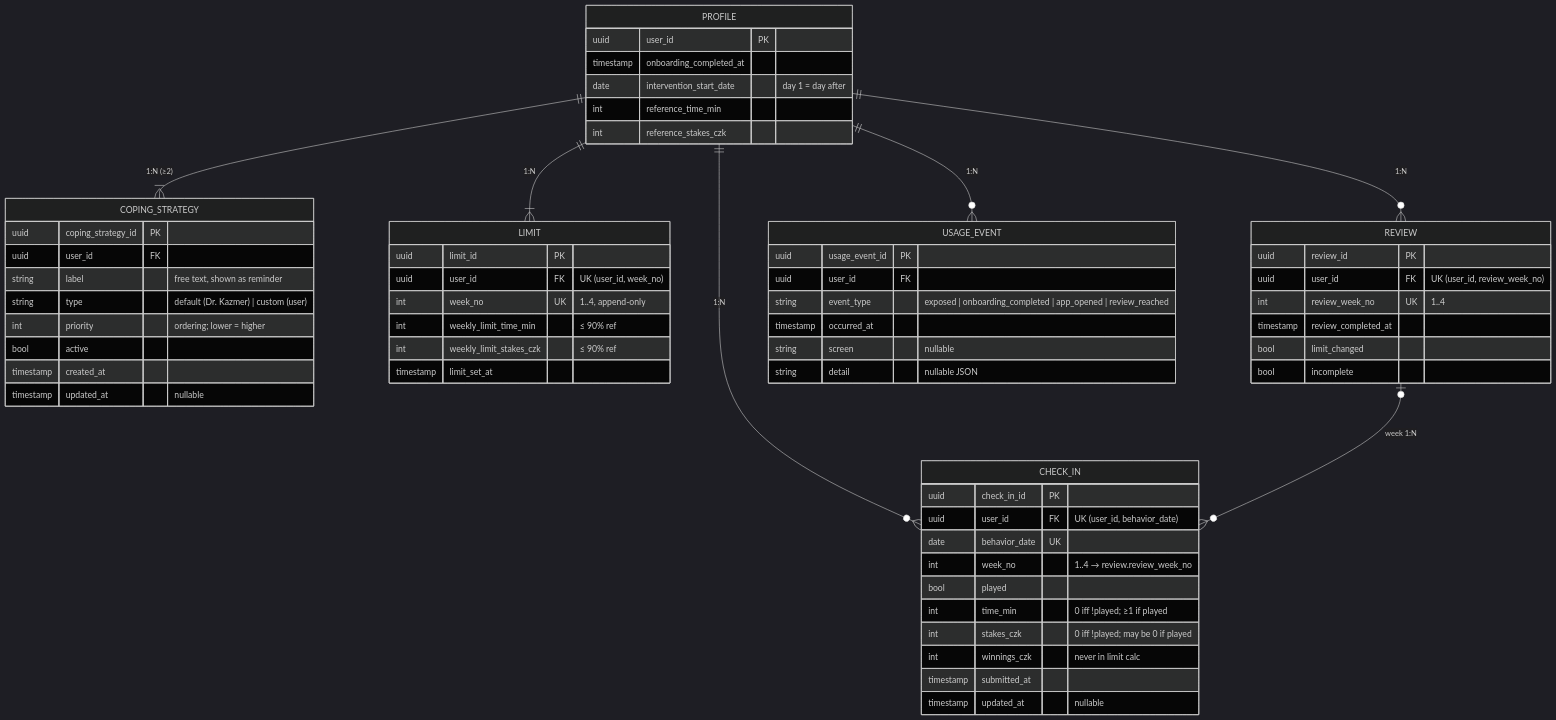
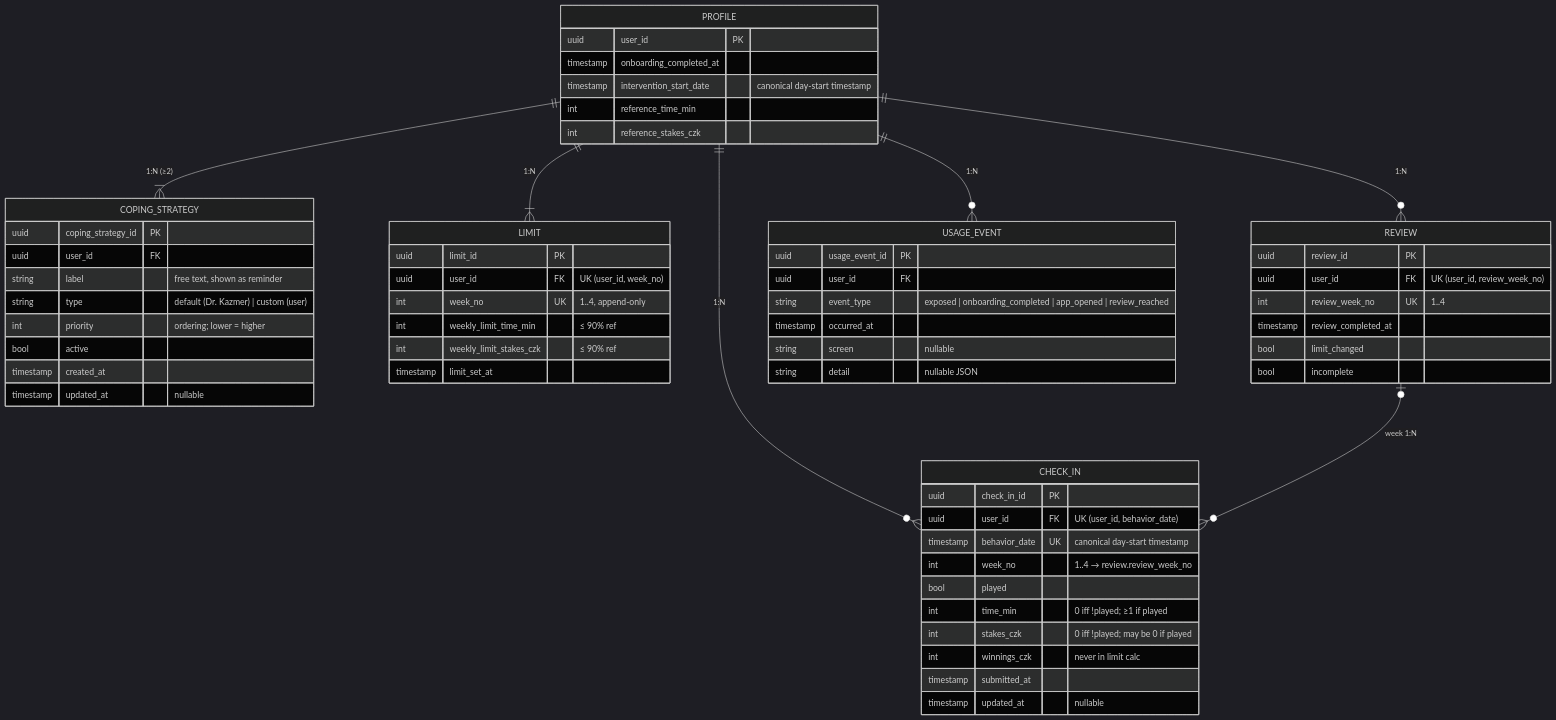
Before and after one commit to janmnovam/NUDZ_gamble: the diagram in src/data/docs/data-model.md, drawn with Mermaid (dark theme). The commit also changed other lines of this file and 31 other files, not shown here.

First line of the commit message:
refactor(data): store day fields as canonical timestamps

````diff
--- a/src/data/docs/data-model.md
+++ b/src/data/docs/data-model.md
@@ -23,63 +23,63 @@
 ```mermaid
 erDiagram
     PROFILE ||--|{ COPING_STRATEGY : "1:N (≥2)"
     PROFILE ||--|{ LIMIT : "1:N"
     PROFILE ||--o{ CHECK_IN : "1:N"
     PROFILE ||--o{ REVIEW : "1:N"
     PROFILE ||--o{ USAGE_EVENT : "1:N"
     REVIEW |o--o{ CHECK_IN : "week 1:N"
 
     PROFILE {
         uuid user_id PK
         timestamp onboarding_completed_at
-        date intervention_start_date "day 1 = day after"
+        timestamp intervention_start_date "canonical day-start timestamp"
         int reference_time_min
         int reference_stakes_czk
     }
     COPING_STRATEGY {
         uuid coping_strategy_id PK
         uuid user_id FK
         string label "free text, shown as reminder"
         string type "default (Dr. Kazmer) | custom (user)"
         int priority "ordering; lower = higher"
         bool active
         timestamp created_at
         timestamp updated_at "nullable"
     }
     LIMIT {
         uuid limit_id PK
         uuid user_id FK "UK (user_id, week_no)"
         int week_no UK "1..4, append-only"
         int weekly_limit_time_min "≤ 90% ref"
         int weekly_limit_stakes_czk "≤ 90% ref"
         timestamp limit_set_at
     }
     CHECK_IN {
         uuid check_in_id PK
         uuid user_id FK "UK (user_id, behavior_date)"
-        date behavior_date UK
+        timestamp behavior_date UK "canonical day-start timestamp"
         int week_no "1..4 → review.review_week_no"
         bool played
         int time_min "0 iff !played; ≥1 if played"
         int stakes_czk "0 iff !played; may be 0 if played"
         int winnings_czk "never in limit calc"
         timestamp submitted_at
         timestamp updated_at "nullable"
     }
     REVIEW {
         uuid review_id PK
         uuid user_id FK "UK (user_id, review_week_no)"
         int review_week_no UK "1..4"
         timestamp review_completed_at
         bool limit_changed
         bool incomplete
     }
     USAGE_EVENT {
         uuid usage_event_id PK
         uuid user_id FK
         string event_type "exposed | onboarding_completed | app_opened | review_reached"
         timestamp occurred_at
         string screen "nullable"
         string detail "nullable JSON"
     }
 ```
````
